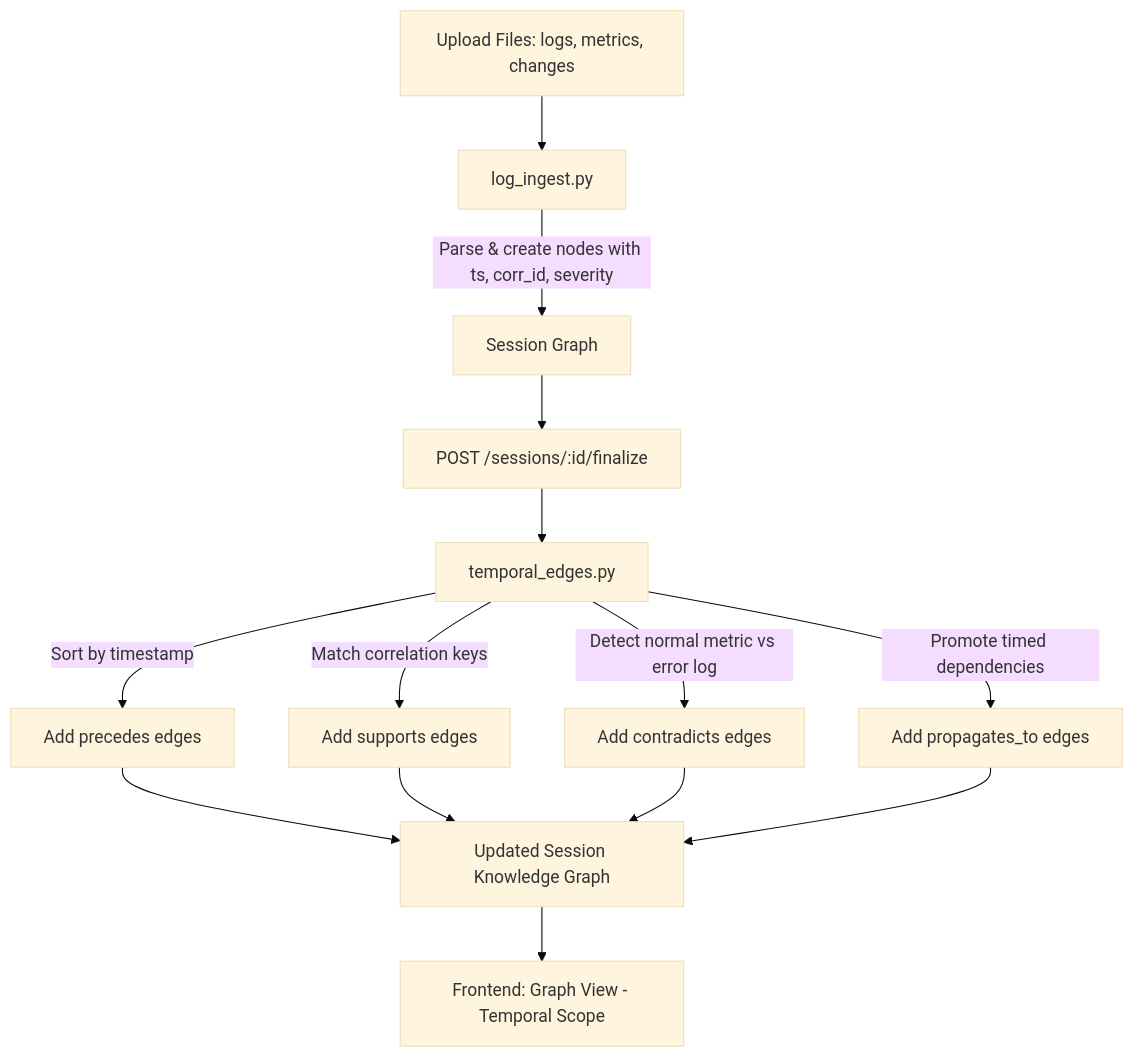
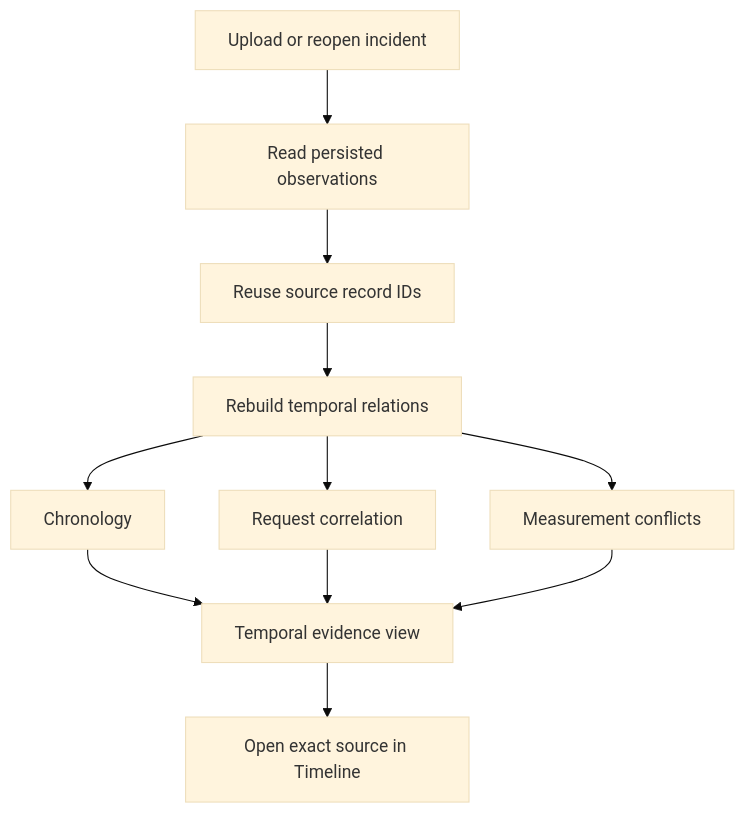
Before and after one commit to Joseph-coder18/LOGSYS: the diagram in docs/temporal_graph.md, drawn with Mermaid (base theme). The commit also changed other lines of this file and 67 other files, not shown here.

````diff
--- a/docs/temporal_graph.md
+++ b/docs/temporal_graph.md
@@ -50,13 +50,11 @@
 ```mermaid
 flowchart TD
-    A[Upload Files: logs, metrics, changes] --> B[log_ingest.py]
-    B -->|Parse & create nodes with ts, corr_id, severity| C[Session Graph]
-    C --> D[POST /sessions/:id/finalize]
-    D --> E[temporal_edges.py]
-    E -->|Sort by timestamp| F[Add precedes edges]
-    E -->|Match correlation keys| G[Add supports edges]
-    E -->|Detect normal metric vs error log| H[Add contradicts edges]
-    E -->|Promote timed dependencies| I[Add propagates_to edges]
-    F & G & H & I --> J[Updated Session Knowledge Graph]
-    J --> K[Frontend: Graph View - Temporal Scope]
+    A[Upload or reopen incident] --> B[Read persisted observations]
+    B --> C[Reuse source record IDs]
+    C --> D[Rebuild temporal relations]
+    D --> E[Chronology]
+    D --> F[Request correlation]
+    D --> G[Measurement conflicts]
+    E & F & G --> H[Temporal evidence view]
+    H --> I[Open exact source in Timeline]
 ```
````
